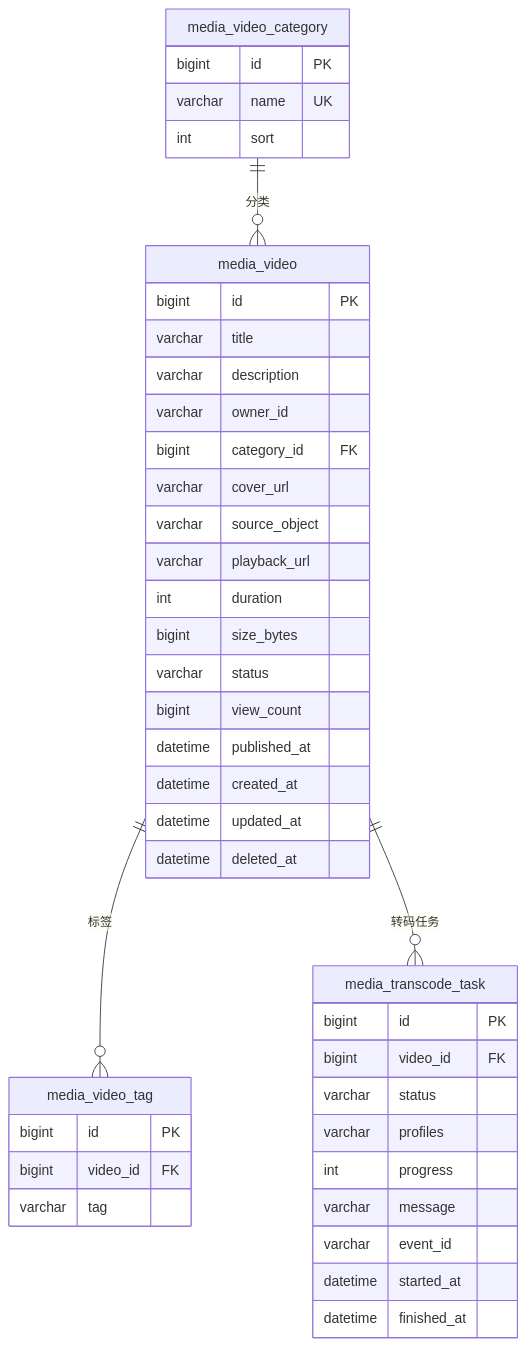
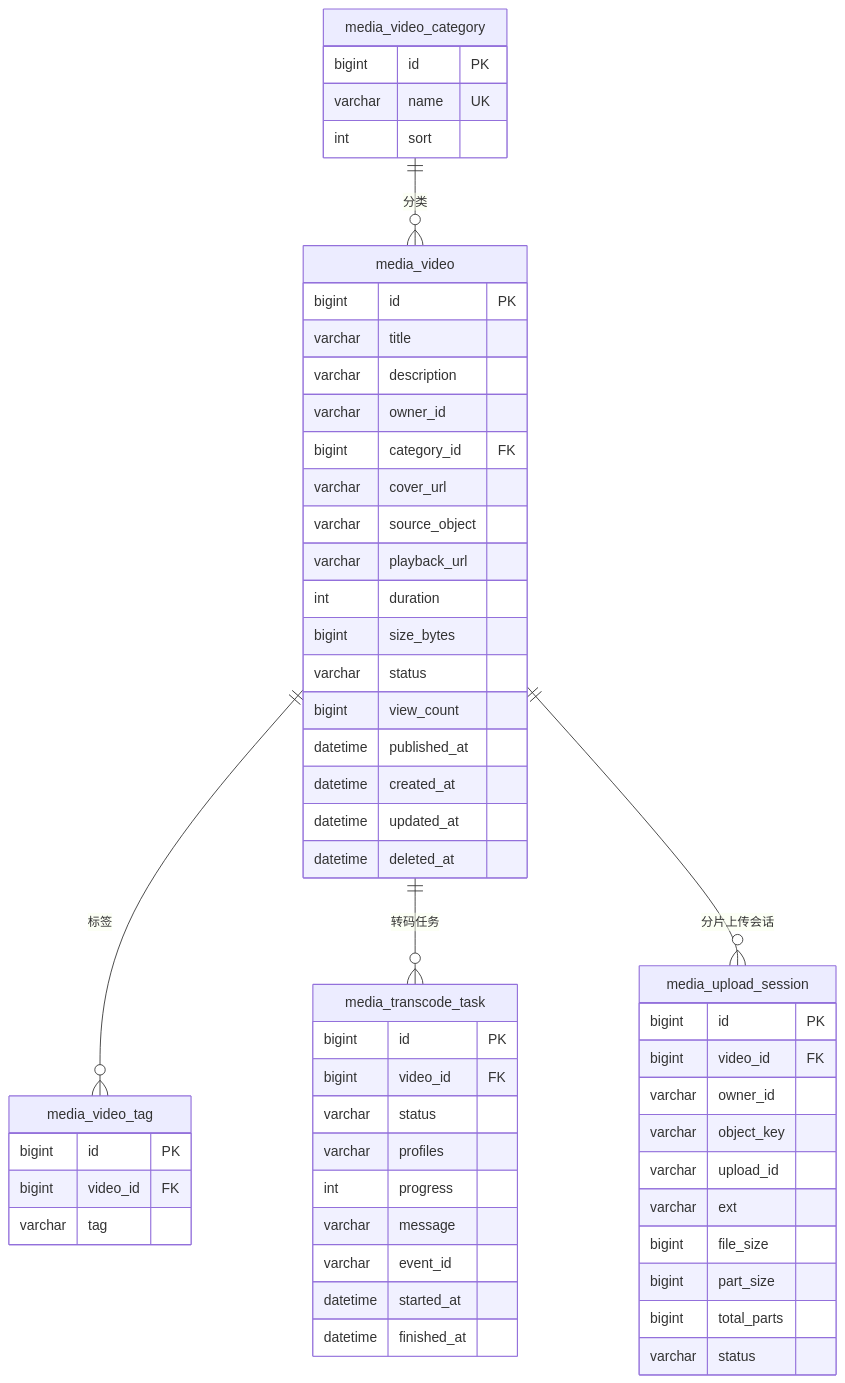
Before and after one commit to YunfeiSHU/media-community: the first of 4 diagrams in video-service-go/docs/设计文档.md, drawn with Mermaid. The commit also changed other lines of this file and 19 other files, not shown here.

````diff
--- a/video-service-go/docs/设计文档.md
+++ b/video-service-go/docs/设计文档.md
@@ -65,46 +65,59 @@
 ```mermaid
 erDiagram
     media_video_category ||--o{ media_video : "分类"
     media_video ||--o{ media_video_tag : "标签"
     media_video ||--o{ media_transcode_task : "转码任务"
+    media_video ||--o{ media_upload_session : "分片上传会话"
 
     media_video {
         bigint id PK
         varchar title
         varchar description
         varchar owner_id
         bigint category_id FK
         varchar cover_url
         varchar source_object
         varchar playback_url
         int duration
         bigint size_bytes
         varchar status
         bigint view_count
         datetime published_at
         datetime created_at
         datetime updated_at
         datetime deleted_at
     }
     media_video_category {
         bigint id PK
         varchar name UK
         int sort
     }
     media_video_tag {
         bigint id PK
         bigint video_id FK
         varchar tag
     }
     media_transcode_task {
         bigint id PK
         bigint video_id FK
         varchar status
         varchar profiles
         int progress
         varchar message
         varchar event_id
         datetime started_at
         datetime finished_at
     }
+    media_upload_session {
+        bigint id PK
+        bigint video_id FK
+        varchar owner_id
+        varchar object_key
+        varchar upload_id
+        varchar ext
+        bigint file_size
+        bigint part_size
+        bigint total_parts
+        varchar status
+    }
 ```
````
